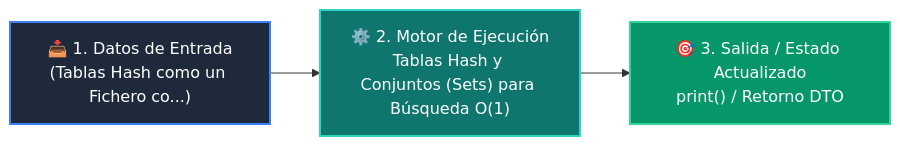
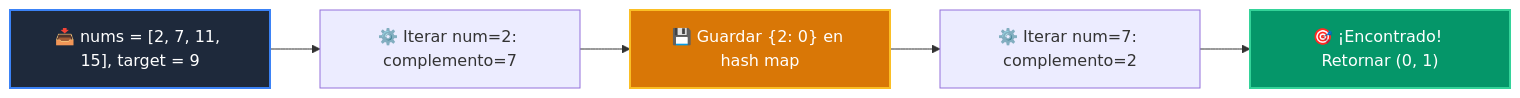
The diagram in docs/curso-02/clase-03.md (wisrovi/wisrovi-python), drawn with Mermaid before and after one commit. The commit also changed other lines of this file and 52 other files, not shown here.

````diff
--- a/docs/curso-02/clase-03.md
+++ b/docs/curso-02/clase-03.md
@@ -38,9 +37,10 @@
 ```mermaid
 flowchart LR
-    IN["📥 1. Datos de Entrada<br/>(Tablas Hash como un Fichero co...)"] --> ENG["⚙️ 2. Motor de Ejecución<br/>Tablas Hash y Conjuntos (Sets) para Búsqueda O(1)"]
-    ENG --> OUT["🎯 3. Salida / Estado Actualizado<br/>print() / Retorno DTO"]
-
-    style IN fill:#1e293b,color:#ffffff,stroke:#3b82f6,stroke-width:2px
-    style ENG fill:#0f766e,color:#ffffff,stroke:#2dd4bf,stroke-width:2px
-    style OUT fill:#059669,color:#ffffff,stroke:#34d399,stroke-width:2px
+    A["📥 nums = [2, 7, 11, 15], target = 9"] --> B["⚙️ Iterar num=2: complemento=7"]
+    B --> C["💾 Guardar {2: 0} en hash map"]
+    C --> D["⚙️ Iterar num=7: complemento=2"]
+    D --> E["🎯 ¡Encontrado! Retornar (0, 1)"]
+    style A fill:#1e293b,color:#ffffff,stroke:#3b82f6,stroke-width:2px
+    style C fill:#d97706,color:#ffffff,stroke:#fbbf24,stroke-width:2px
+    style E fill:#059669,color:#ffffff,stroke:#34d399,stroke-width:2px
 ```
````
